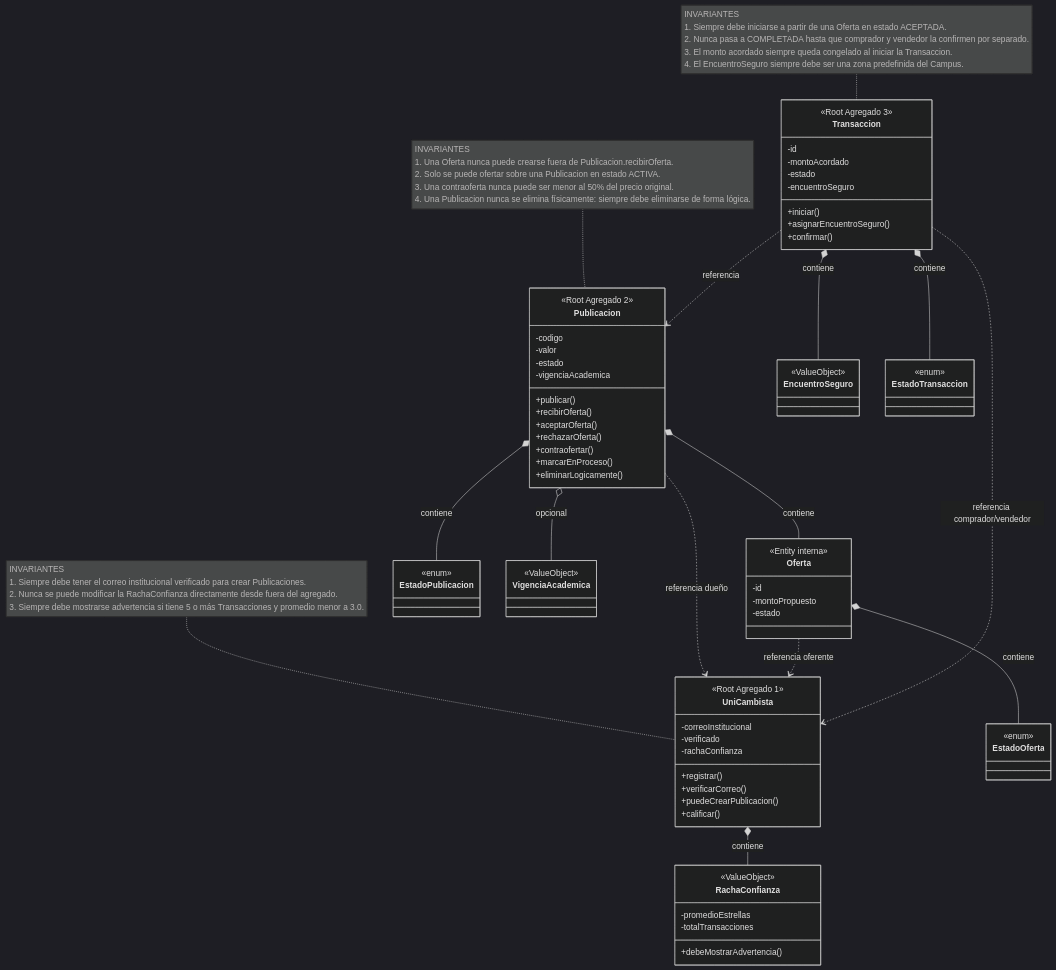
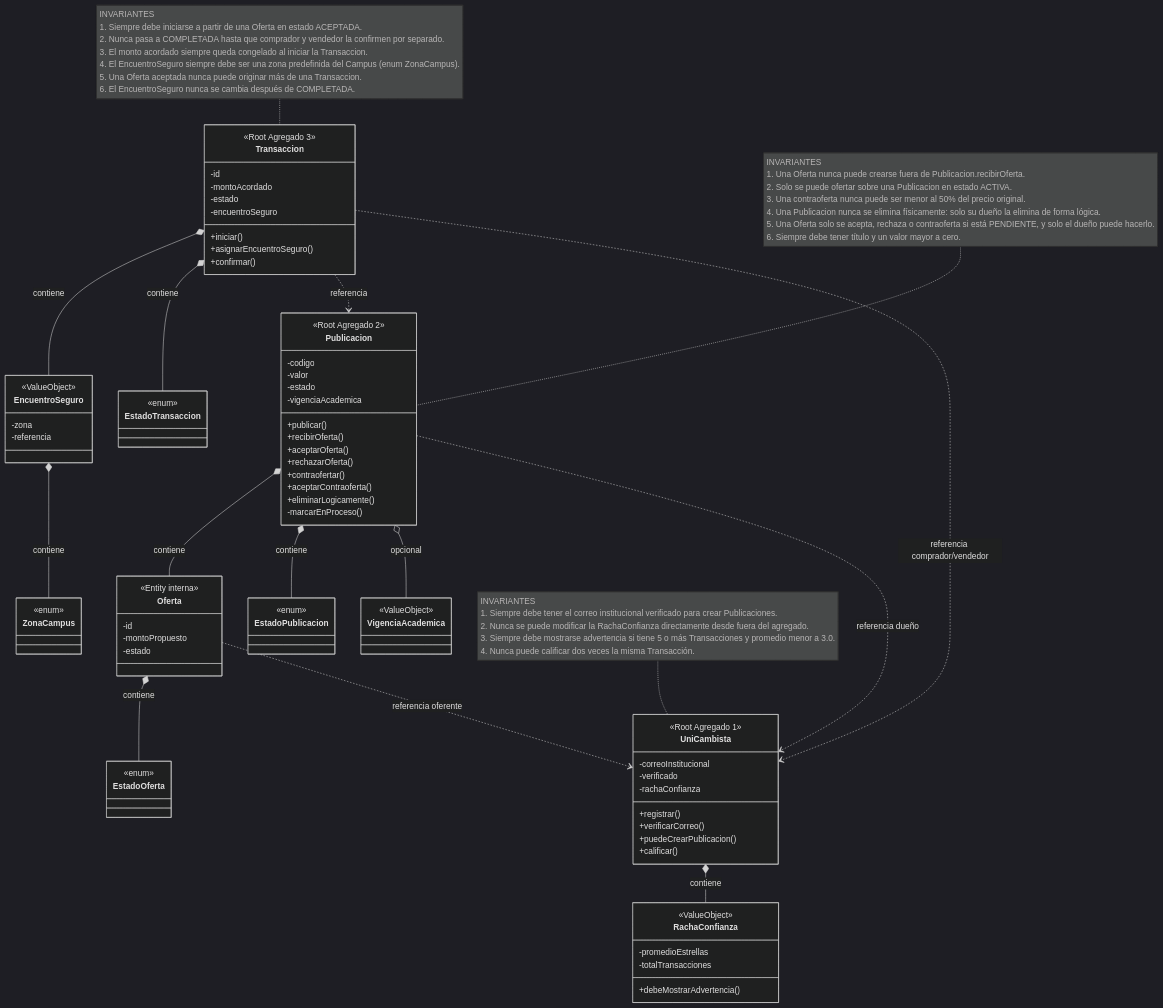
The diagram in docs/agregados-unisegundamano.md (JuanMoncada5/segundaMano), drawn with Mermaid (dark theme) before and after one commit. The commit also changed other lines of this file and 1 other file, not shown here.

Commit message:
Actualiza los documentos de agregados y de entrega con las nuevas invariantes

````diff
--- a/docs/agregados-unisegundamano.md
+++ b/docs/agregados-unisegundamano.md
@@ -33,8 +33,9 @@
       +aceptarOferta()
       +rechazarOferta()
       +contraofertar()
-      +marcarEnProceso()
+      +aceptarContraoferta()
       +eliminarLogicamente()
+      -marcarEnProceso()
     }
     class Oferta {
       <<Entity interna>>
@@ -63,6 +64,11 @@
     }
     class EncuentroSeguro {
       <<ValueObject>>
+      -zona
+      -referencia
+    }
+    class ZonaCampus {
+      <<enum>>
     }
     class EstadoTransaccion {
       <<enum>>
@@ -77,10 +83,11 @@
     Oferta ..> UniCambista : referencia oferente
     Transaccion *-- EncuentroSeguro : contiene
     Transaccion *-- EstadoTransaccion : contiene
+    EncuentroSeguro *-- ZonaCampus : contiene
     Transaccion ..> Publicacion : referencia
     Transaccion ..> UniCambista : referencia comprador/vendedor
 
-    note for UniCambista "INVARIANTES<br/>1. Siempre debe tener el correo institucional verificado para crear Publicaciones.<br/>2. Nunca se puede modificar la RachaConfianza directamente desde fuera del agregado.<br/>3. Siempre debe mostrarse advertencia si tiene 5 o más Transacciones y promedio menor a 3.0."
-    note for Publicacion "INVARIANTES<br/>1. Una Oferta nunca puede crearse fuera de Publicacion.recibirOferta.<br/>2. Solo se puede ofertar sobre una Publicacion en estado ACTIVA.<br/>3. Una contraoferta nunca puede ser menor al 50% del precio original.<br/>4. Una Publicacion nunca se elimina físicamente: siempre debe eliminarse de forma lógica."
-    note for Transaccion "INVARIANTES<br/>1. Siempre debe iniciarse a partir de una Oferta en estado ACEPTADA.<br/>2. Nunca pasa a COMPLETADA hasta que comprador y vendedor la confirmen por separado.<br/>3. El monto acordado siempre queda congelado al iniciar la Transaccion.<br/>4. El EncuentroSeguro siempre debe ser una zona predefinida del Campus."
+    note for UniCambista "INVARIANTES<br/>1. Siempre debe tener el correo institucional verificado para crear Publicaciones.<br/>2. Nunca se puede modificar la RachaConfianza directamente desde fuera del agregado.<br/>3. Siempre debe mostrarse advertencia si tiene 5 o más Transacciones y promedio menor a 3.0.<br/>4. Nunca puede calificar dos veces la misma Transacción."
+    note for Publicacion "INVARIANTES<br/>1. Una Oferta nunca puede crearse fuera de Publicacion.recibirOferta.<br/>2. Solo se puede ofertar sobre una Publicacion en estado ACTIVA.<br/>3. Una contraoferta nunca puede ser menor al 50% del precio original.<br/>4. Una Publicacion nunca se elimina físicamente: solo su dueño la elimina de forma lógica.<br/>5. Una Oferta solo se acepta, rechaza o contraoferta si está PENDIENTE, y solo el dueño puede hacerlo.<br/>6. Siempre debe tener título y un valor mayor a cero."
+    note for Transaccion "INVARIANTES<br/>1. Siempre debe iniciarse a partir de una Oferta en estado ACEPTADA.<br/>2. Nunca pasa a COMPLETADA hasta que comprador y vendedor la confirmen por separado.<br/>3. El monto acordado siempre queda congelado al iniciar la Transaccion.<br/>4. El EncuentroSeguro siempre debe ser una zona predefinida del Campus (enum ZonaCampus).<br/>5. Una Oferta aceptada nunca puede originar más de una Transaccion.<br/>6. El EncuentroSeguro nunca se cambia después de COMPLETADA."
 ```
````
